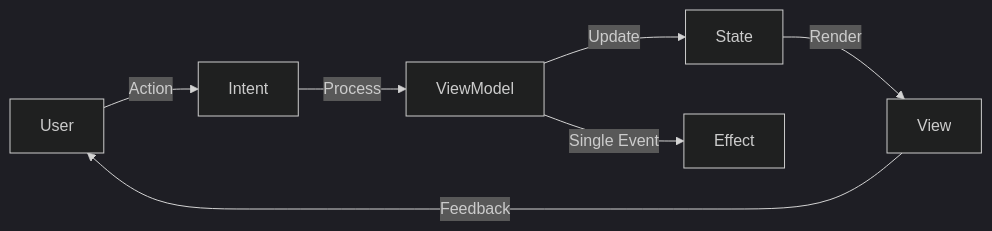
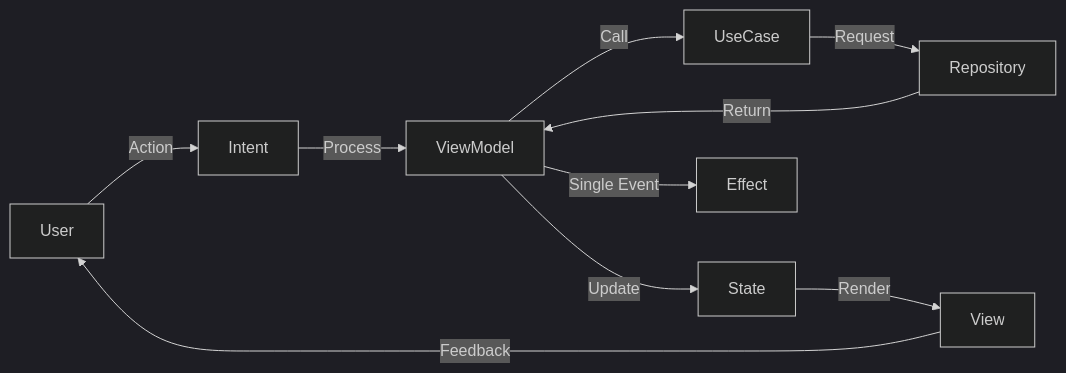
The second of 2 diagrams in README.md (muharifandi/compose-mvi), drawn with Mermaid (dark theme) before and after one commit. The commit also changed other lines of this file and 4 other files, not shown here.

Commit message:
docs: comprehensive update of architecture and MVI documentation

````diff
--- a/README.md
+++ b/README.md
@@ -54,9 +87,12 @@
 ```mermaid
 graph LR
     User -- Action --> Intent
     Intent -- Process --> ViewModel
+    ViewModel -- Call --> UseCase
+    UseCase -- Request --> Repository
+    Repository -- Return --> ViewModel
     ViewModel -- Update --> State
     State -- Render --> View
     View -- Feedback --> User
     ViewModel -- Single Event --> Effect
 ```
````
